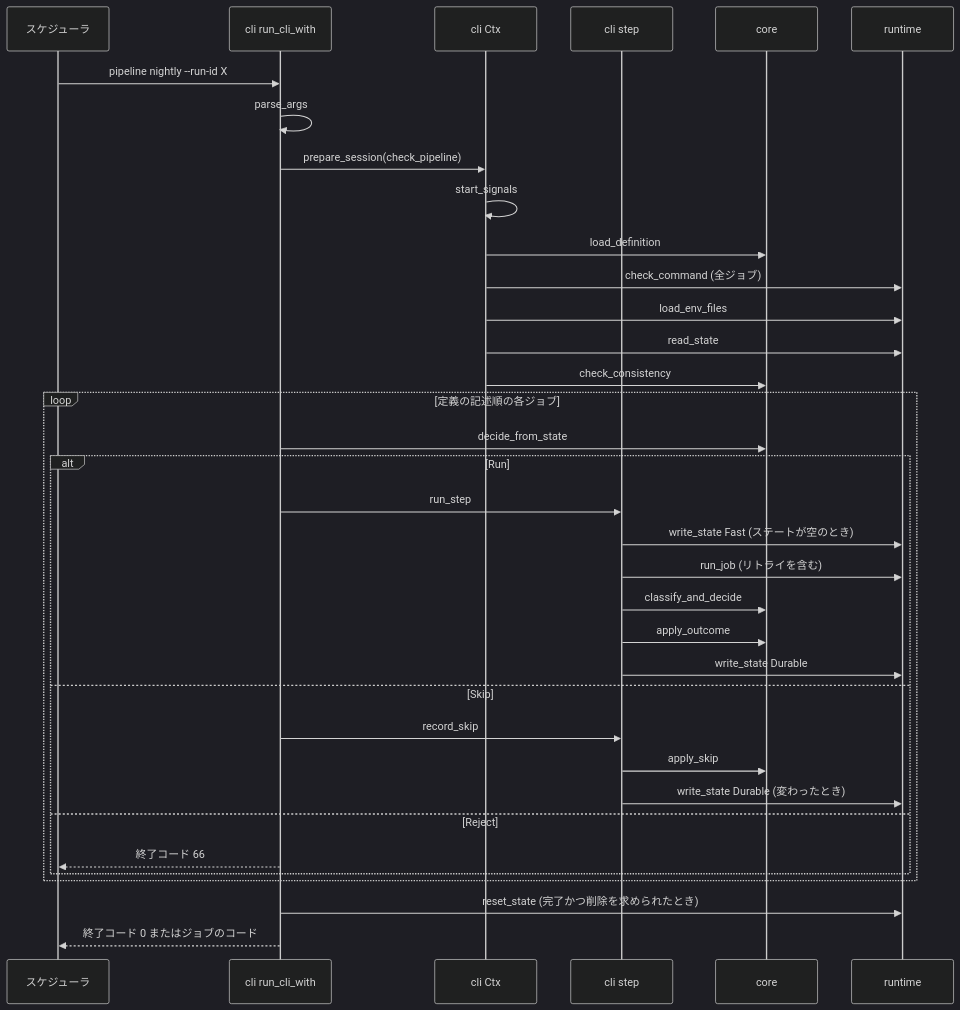
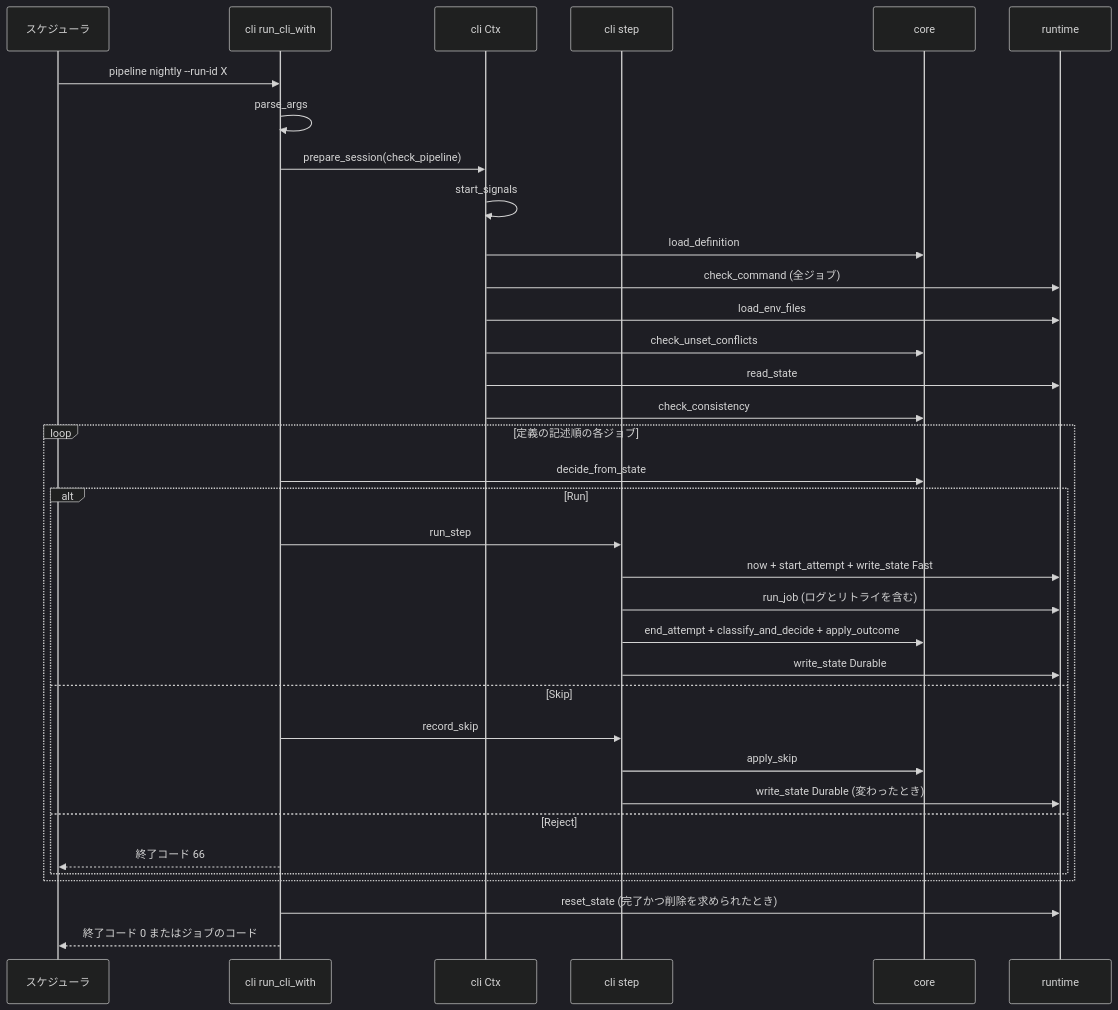
Before and after one commit to agwlvssainokuni/rust-job-conductor: the second of 5 diagrams in aidlc/spaces/default/codekb/rust-job-conductor/architecture.md, drawn with Mermaid (dark theme). The commit also changed other lines of this file and 15 other files, not shown here.

````diff
--- a/aidlc/spaces/default/codekb/rust-job-conductor/architecture.md
+++ b/aidlc/spaces/default/codekb/rust-job-conductor/architecture.md
@@ -81,37 +83,37 @@
 ```mermaid
 sequenceDiagram
     participant U as スケジューラ
     participant CLI as cli run_cli_with
     participant CTX as cli Ctx
     participant STEP as cli step
     participant CORE as core
     participant RT as runtime
     U->>CLI: pipeline nightly --run-id X
     CLI->>CLI: parse_args
     CLI->>CTX: prepare_session(check_pipeline)
     CTX->>CTX: start_signals
     CTX->>CORE: load_definition
     CTX->>RT: check_command (全ジョブ)
     CTX->>RT: load_env_files
+    CTX->>CORE: check_unset_conflicts
     CTX->>RT: read_state
     CTX->>CORE: check_consistency
     loop 定義の記述順の各ジョブ
         CLI->>CORE: decide_from_state
         alt Run
             CLI->>STEP: run_step
-            STEP->>RT: write_state Fast (ステートが空のとき)
-            STEP->>RT: run_job (リトライを含む)
-            STEP->>CORE: classify_and_decide
-            STEP->>CORE: apply_outcome
+            STEP->>RT: now + start_attempt + write_state Fast
+            STEP->>RT: run_job (ログとリトライを含む)
+            STEP->>CORE: end_attempt + classify_and_decide + apply_outcome
             STEP->>RT: write_state Durable
         else Skip
             CLI->>STEP: record_skip
             STEP->>CORE: apply_skip
             STEP->>RT: write_state Durable (変わったとき)
         else Reject
             CLI-->>U: 終了コード 66
         end
     end
     CLI->>RT: reset_state (完了かつ削除を求められたとき)
     CLI-->>U: 終了コード 0 またはジョブのコード
 ```
````
